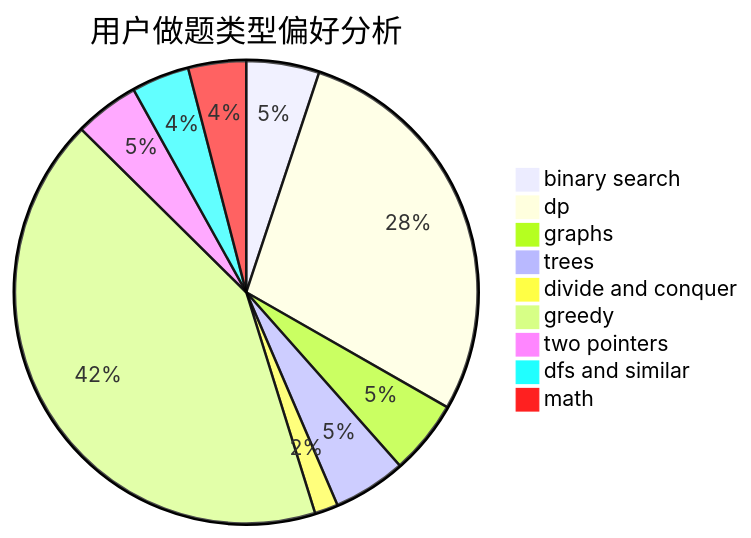
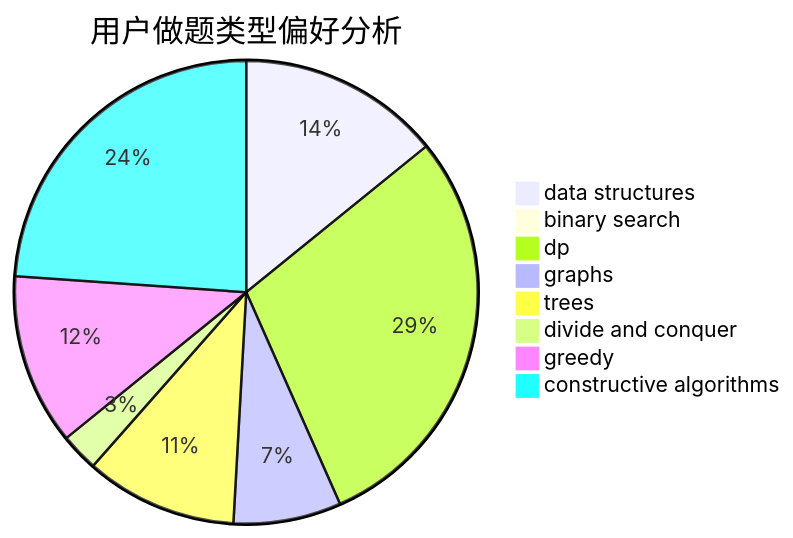
The second of 3 diagrams in docs/user/u2078.md (sherpahu/cfrs.github.io), drawn with Mermaid before and after one commit. The commit also changed other lines of this file and 2775 other files, not shown here.

````diff
--- a/docs/user/u2078.md
+++ b/docs/user/u2078.md
@@ -23,12 +23,11 @@
 ```mermaid
 pie title 用户做题类型偏好分析
-    "binary search" :  53
-    "dp" :  293
-    "graphs" :  54
-    "trees" :  53
-    "divide and conquer" :  17
-    "greedy" :  439
-    "two pointers" :  47
-    "dfs and similar" :  42
-    "math" :  42
+    "data structures" :  32
+    "binary search" :  2
+    "dp" :  66
+    "graphs" :  17
+    "trees" :  24
+    "divide and conquer" :  6
+    "greedy" :  27
+    "constructive algorithms" :  54
 ```
````
